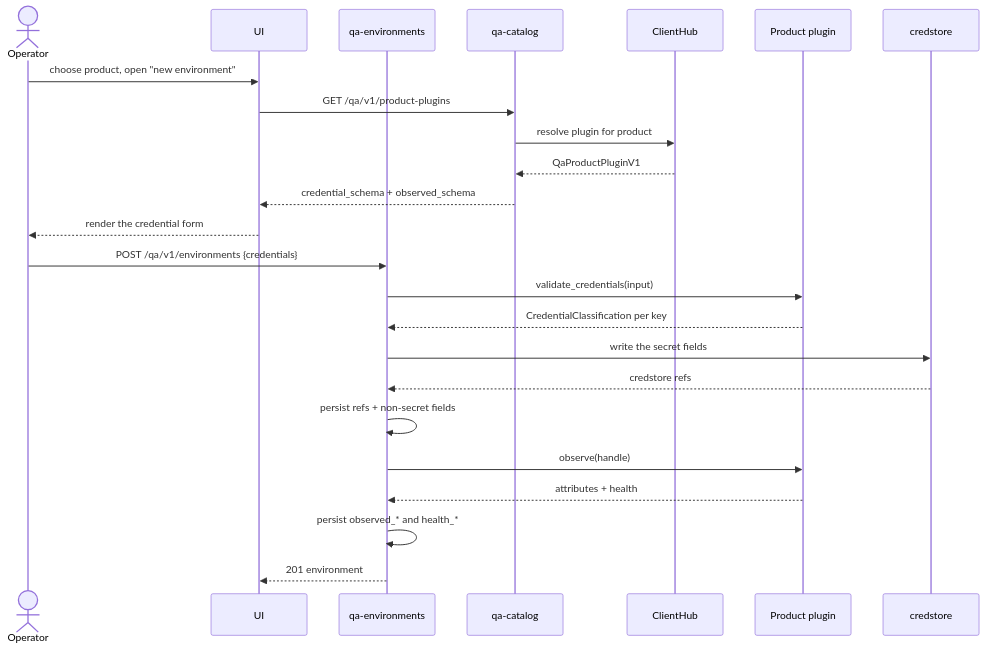
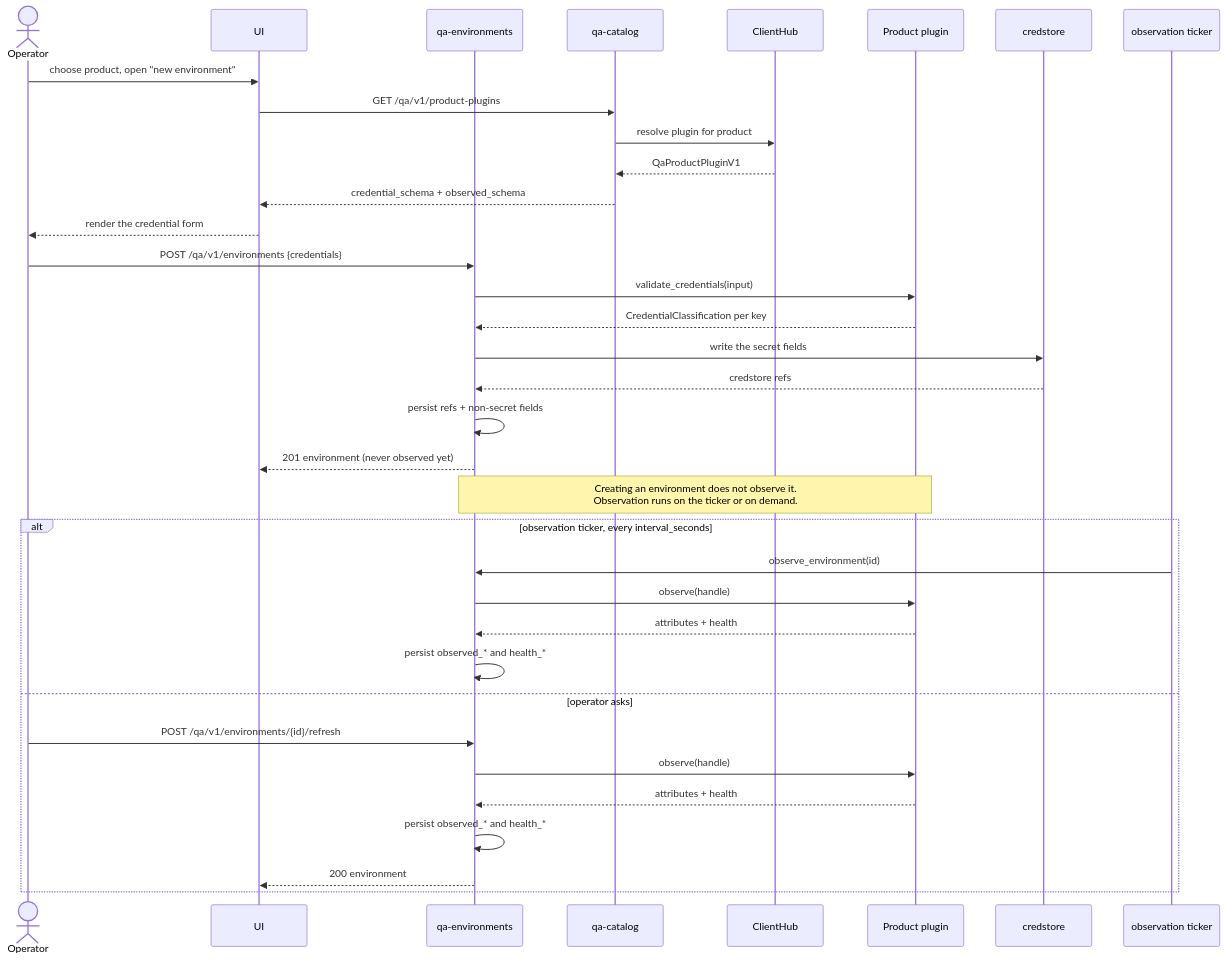
One commit to mo3g89/gears-rust changed the first of 5 diagrams in gears/qa-platform/docs/DESIGN.md. Above: the diagram before and after it, drawn with Mermaid. The commit also changed other lines of this file and 476 other files, not shown here.

First line of the commit message:
fix(qa-platform): close the architecture review's findings and the classes they belong to

````diff
--- a/gears/qa-platform/docs/DESIGN.md
+++ b/gears/qa-platform/docs/DESIGN.md
@@ -1020,27 +1413,39 @@
 ```mermaid
 sequenceDiagram
     actor Op as Operator
     participant UI
     participant ENV as qa-environments
     participant CAT as qa-catalog
     participant HUB as ClientHub
     participant P as Product plugin
     participant CS as credstore
+    participant TK as observation ticker
 
     Op->>UI: choose product, open "new environment"
     UI->>CAT: GET /qa/v1/product-plugins
     CAT->>HUB: resolve plugin for product
     HUB-->>CAT: QaProductPluginV1
     CAT-->>UI: credential_schema + observed_schema
     UI-->>Op: render the credential form
     Op->>ENV: POST /qa/v1/environments {credentials}
     ENV->>P: validate_credentials(input)
     P-->>ENV: CredentialClassification per key
     ENV->>CS: write the secret fields
     CS-->>ENV: credstore refs
     ENV->>ENV: persist refs + non-secret fields
-    ENV->>P: observe(handle)
-    P-->>ENV: attributes + health
-    ENV->>ENV: persist observed_* and health_*
-    ENV-->>UI: 201 environment
+    ENV-->>UI: 201 environment (never observed yet)
+
+    Note over ENV,P: Creating an environment does not observe it.<br/>Observation runs on the ticker or on demand.
+    alt observation ticker, every interval_seconds
+        TK->>ENV: observe_environment(id)
+        ENV->>P: observe(handle)
+        P-->>ENV: attributes + health
+        ENV->>ENV: persist observed_* and health_*
+    else operator asks
+        Op->>ENV: POST /qa/v1/environments/{id}/refresh
+        ENV->>P: observe(handle)
+        P-->>ENV: attributes + health
+        ENV->>ENV: persist observed_* and health_*
+        ENV-->>UI: 200 environment
+    end
 ```
````
